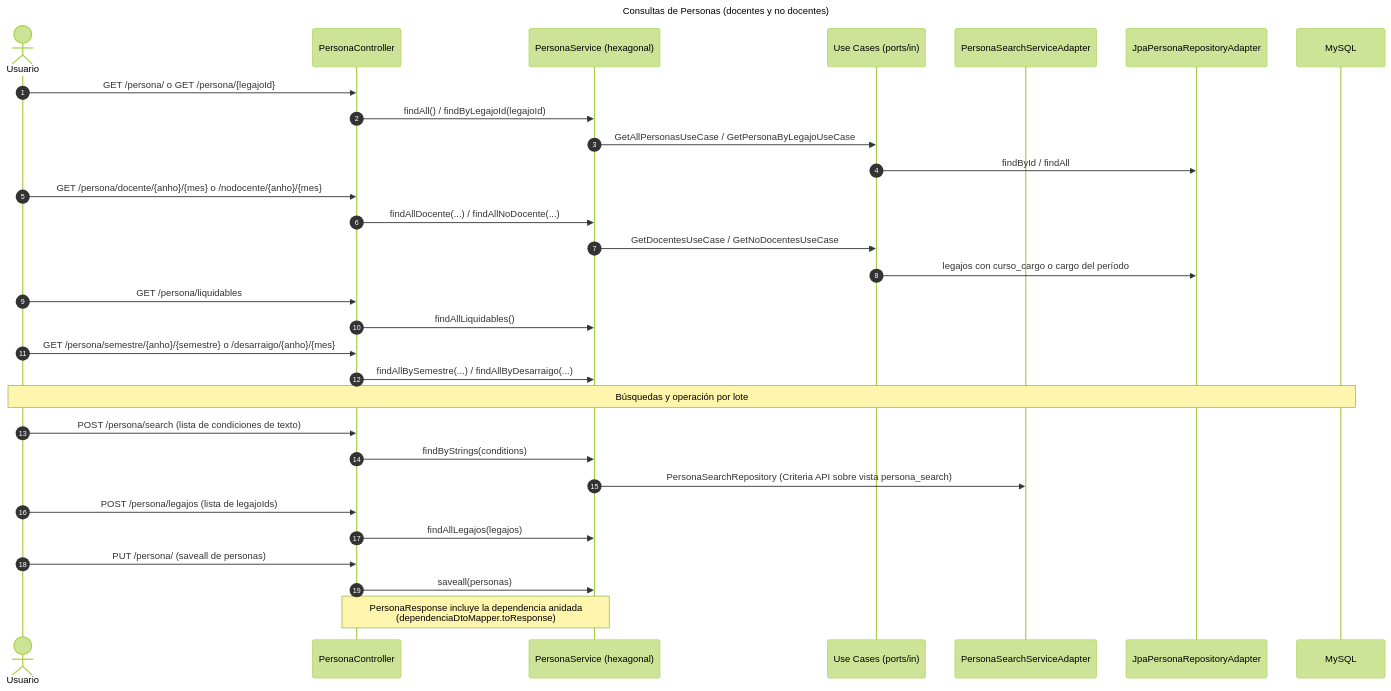
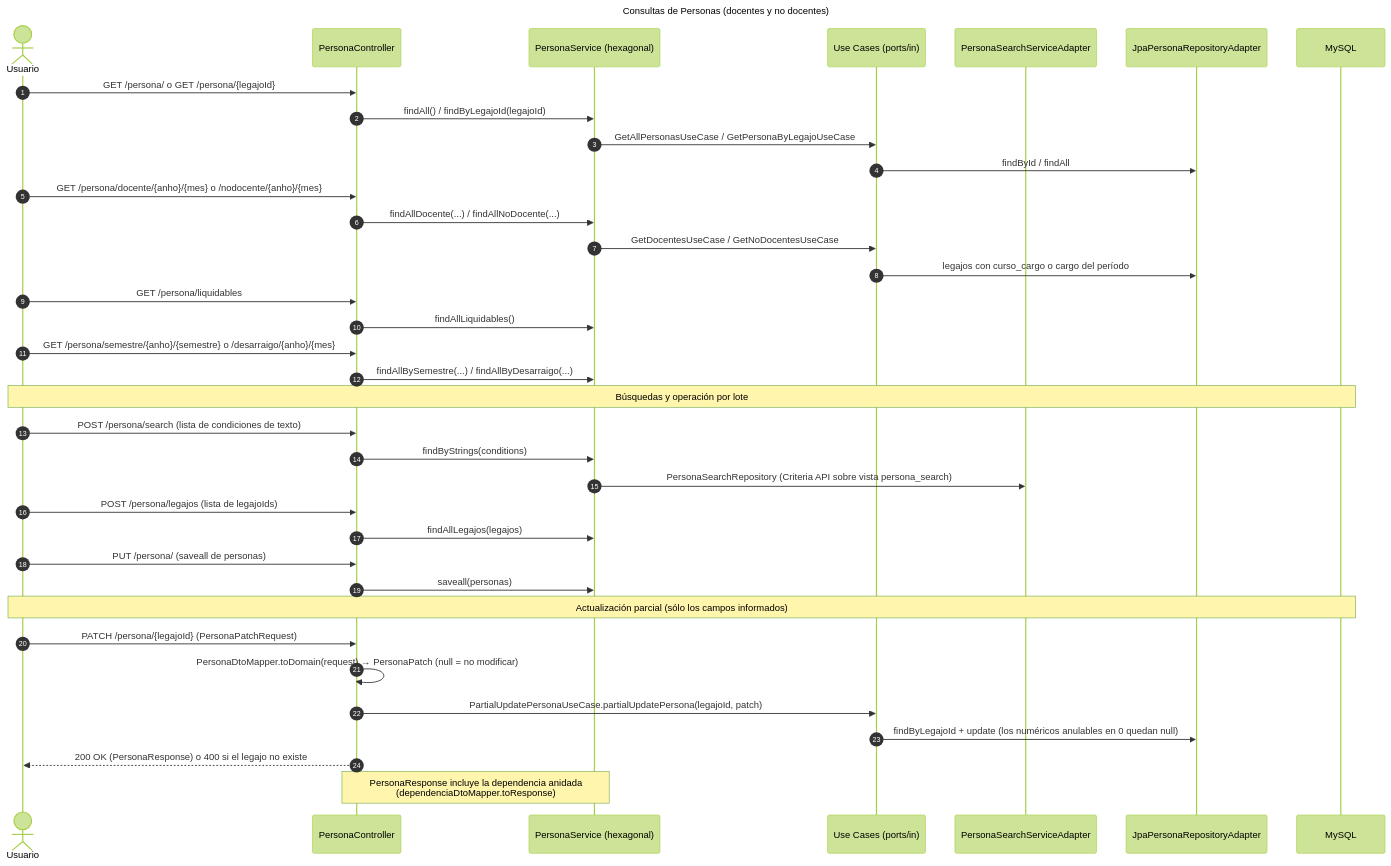
One commit to UM-services/UM.haberes.core-service changed the diagram in docs/diagrams/flujo-persona-consultas.mmd. Above: the diagram before and after it, drawn with Mermaid (forest theme). The commit also changed 2 other files, not shown here.

Commit message:
docs(diagrams): actualiza flujos de API
Refleja el visado en una operación y la resolución de novedades, la re-fusión
y depuración de designaciones con los procesos por lote, y el PATCH parcial de
persona.

```diff
--- a/docs/diagrams/flujo-persona-consultas.mmd
+++ b/docs/diagrams/flujo-persona-consultas.mmd
@@ -1,37 +1,45 @@
 ---
 title: "Consultas de Personas (docentes y no docentes)"
 ---
 sequenceDiagram
     autonumber
     actor Usuario
     participant Ctrl as PersonaController
     participant Svc as PersonaService (hexagonal)
     participant UC as Use Cases (ports/in)
     participant SearchAdapt as PersonaSearchServiceAdapter
     participant Adapt as JpaPersonaRepositoryAdapter
     participant DB as MySQL
 
     Usuario->>Ctrl: GET /persona/ o GET /persona/{legajoId}
     Ctrl->>Svc: findAll() / findByLegajoId(legajoId)
     Svc->>UC: GetAllPersonasUseCase / GetPersonaByLegajoUseCase
     UC->>Adapt: findById / findAll
     Usuario->>Ctrl: GET /persona/docente/{anho}/{mes} o /nodocente/{anho}/{mes}
     Ctrl->>Svc: findAllDocente(...) / findAllNoDocente(...)
     Svc->>UC: GetDocentesUseCase / GetNoDocentesUseCase
     UC->>Adapt: legajos con curso_cargo o cargo del período
     Usuario->>Ctrl: GET /persona/liquidables
     Ctrl->>Svc: findAllLiquidables()
     Usuario->>Ctrl: GET /persona/semestre/{anho}/{semestre} o /desarraigo/{anho}/{mes}
     Ctrl->>Svc: findAllBySemestre(...) / findAllByDesarraigo(...)
 
     Note over Usuario,DB: Búsquedas y operación por lote
 
     Usuario->>Ctrl: POST /persona/search (lista de condiciones de texto)
     Ctrl->>Svc: findByStrings(conditions)
     Svc->>SearchAdapt: PersonaSearchRepository (Criteria API sobre vista persona_search)
     Usuario->>Ctrl: POST /persona/legajos (lista de legajoIds)
     Ctrl->>Svc: findAllLegajos(legajos)
     Usuario->>Ctrl: PUT /persona/ (saveall de personas)
     Ctrl->>Svc: saveall(personas)
 
+    Note over Usuario,DB: Actualización parcial (sólo los campos informados)
+
+    Usuario->>Ctrl: PATCH /persona/{legajoId} (PersonaPatchRequest)
+    Ctrl->>Ctrl: PersonaDtoMapper.toDomain(request) → PersonaPatch (null = no modificar)
+    Ctrl->>UC: PartialUpdatePersonaUseCase.partialUpdatePersona(legajoId, patch)
+    UC->>Adapt: findByLegajoId + update (los numéricos anulables en 0 quedan null)
+    Ctrl-->>Usuario: 200 OK (PersonaResponse) o 400 si el legajo no existe
+
     Note over Ctrl,Svc: PersonaResponse incluye la dependencia anidada<br/>(dependenciaDtoMapper.toResponse)
```
